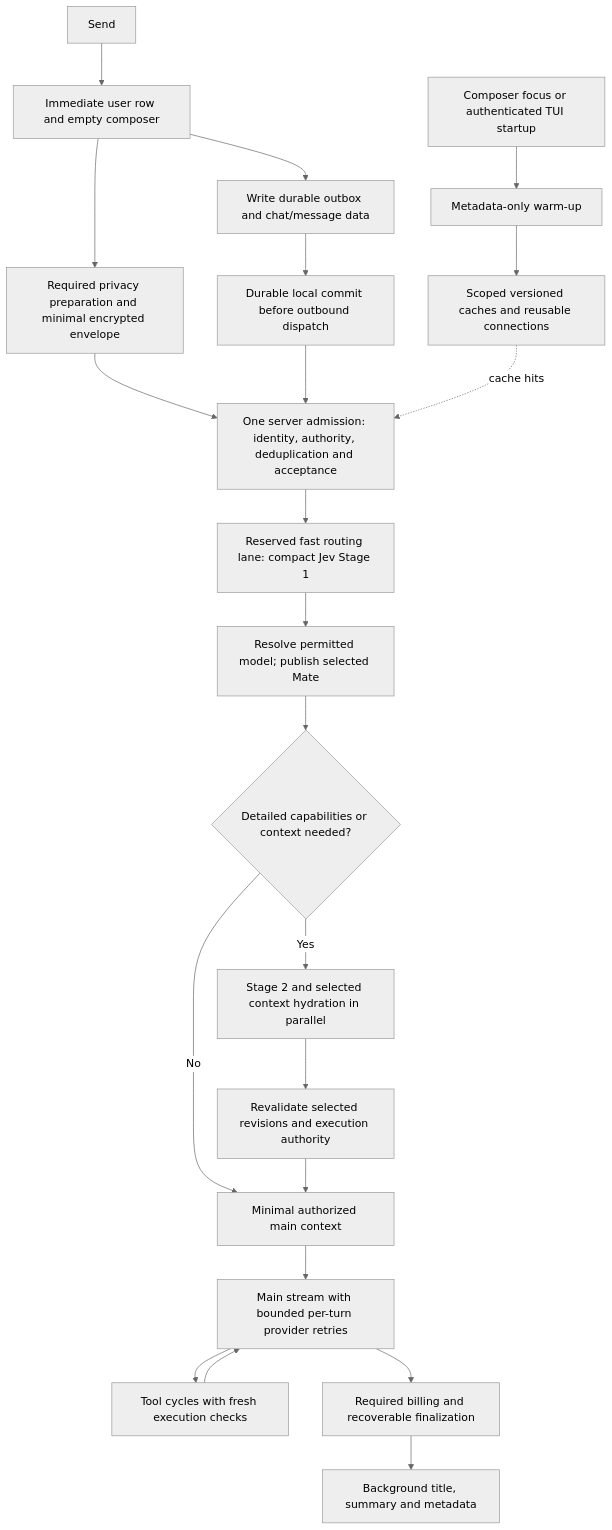
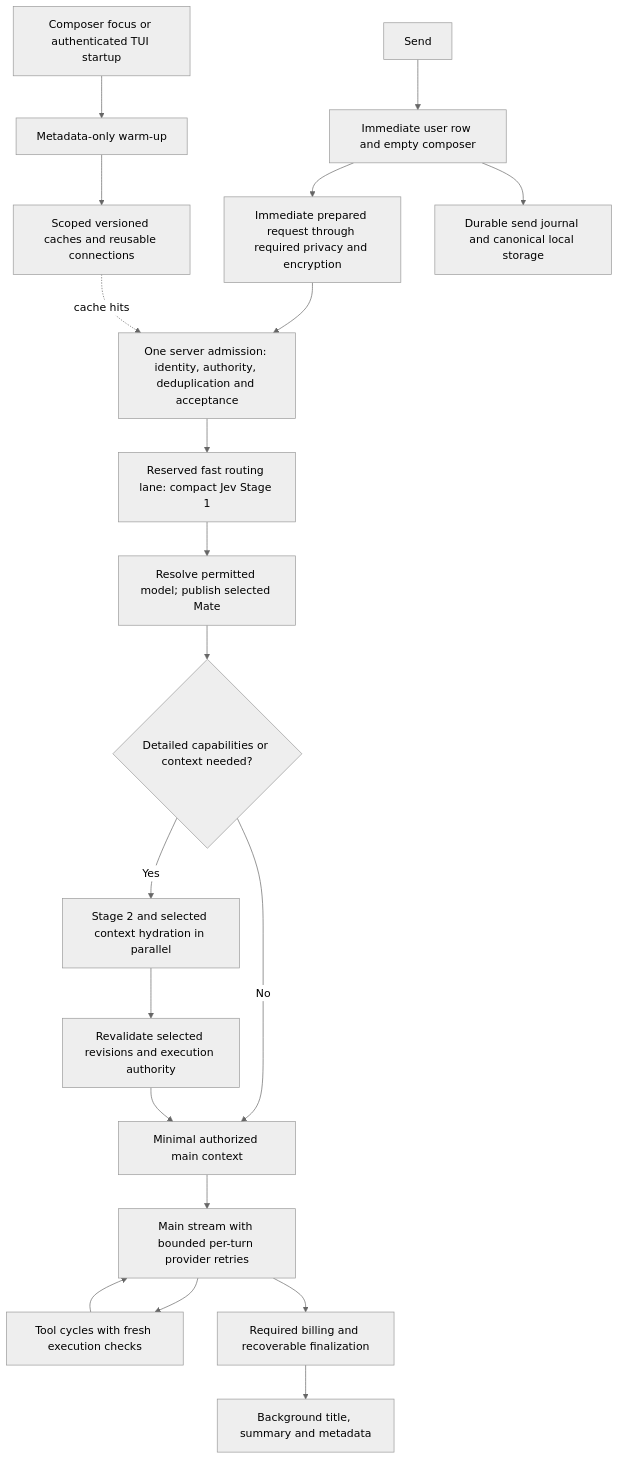
Before and after one commit to glowingkitty/OpenMates: the second of 2 diagrams in docs/plans/chat-latency-improvements/critical-path-2026-10-12.md, drawn with Mermaid (neutral theme). The commit also changed other lines of this file and 166 other files, not shown here.

````diff
--- a/docs/plans/chat-latency-improvements/critical-path-2026-10-12.md
+++ b/docs/plans/chat-latency-improvements/critical-path-2026-10-12.md
@@ -127,24 +127,22 @@
 ```mermaid
 flowchart TD
     F[Composer focus or authenticated TUI startup] --> W[Metadata-only warm-up]
     W --> C[Scoped versioned caches and reusable connections]
     S[Send] --> U[Immediate user row and empty composer]
-    U --> P[Required privacy preparation and minimal encrypted envelope]
-    U --> D[Write durable outbox and chat/message data]
+    U --> P[Immediate prepared request through required privacy and encryption]
+    U --> D[Durable send journal and canonical local storage]
     P --> A[One server admission: identity, authority, deduplication and acceptance]
-    D --> X[Durable local commit before outbound dispatch]
-    X --> A
     C -. cache hits .-> A
     A --> R[Reserved fast routing lane: compact Jev Stage 1]
     R --> M[Resolve permitted model; publish selected Mate]
     M --> G{Detailed capabilities or context needed?}
     G -->|No| L[Minimal authorized main context]
     G -->|Yes| E[Stage 2 and selected context hydration in parallel]
     E --> V[Revalidate selected revisions and execution authority]
     V --> L
     L --> T[Main stream with bounded per-turn provider retries]
     T --> K[Tool cycles with fresh execution checks]
     K --> T
     T --> Z[Required billing and recoverable finalization]
     Z --> B[Background title, summary and metadata]
 ```
````
